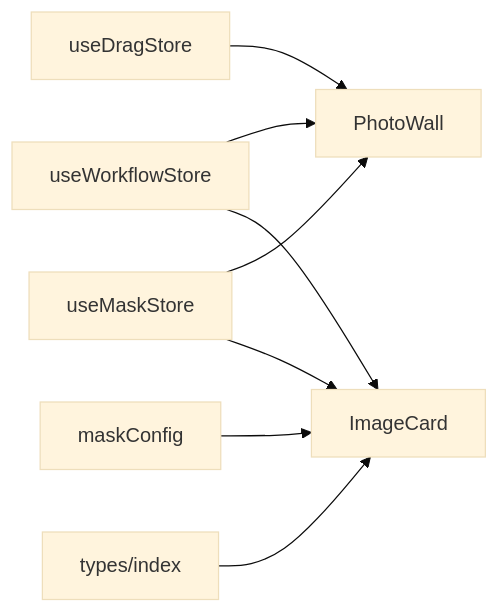
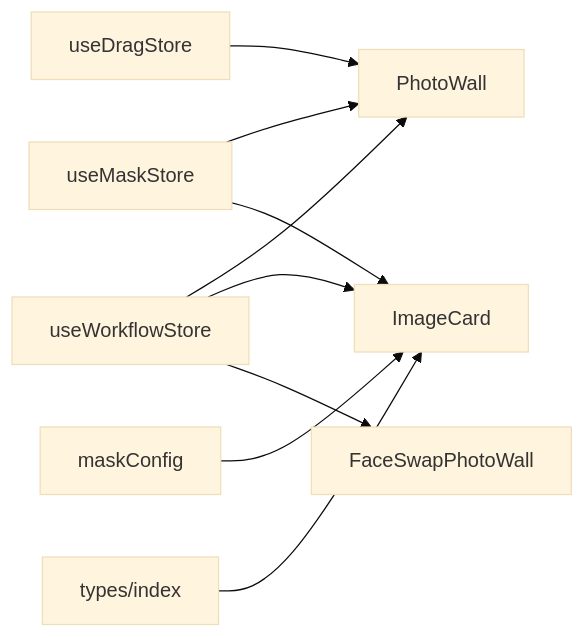
Before and after one commit to billye220670/CorineKit_Pix2Real: the seventh of 8 diagrams in .qoder/repowiki/zh/content/用户界面组件/核心界面组件/图片墙组件 (PhotoWall).md, drawn with Mermaid (base theme). The commit also changed other lines of this file and 3 other files, not shown here.

````diff
--- a/.qoder/repowiki/zh/content/用户界面组件/核心界面组件/图片墙组件 (PhotoWall).md
+++ b/.qoder/repowiki/zh/content/用户界面组件/核心界面组件/图片墙组件 (PhotoWall).md
@@ -253,10 +305,11 @@
 ```mermaid
 graph LR
 WFS["useWorkflowStore"] --> PW["PhotoWall"]
 WFS --> IC["ImageCard"]
+WFS --> FSPW["FaceSwapPhotoWall"]
 DS["useDragStore"] --> PW
 MS["useMaskStore"] --> PW
 MS --> IC
 MC["maskConfig"] --> IC
 T["types/index"] --> IC
 ```
````
